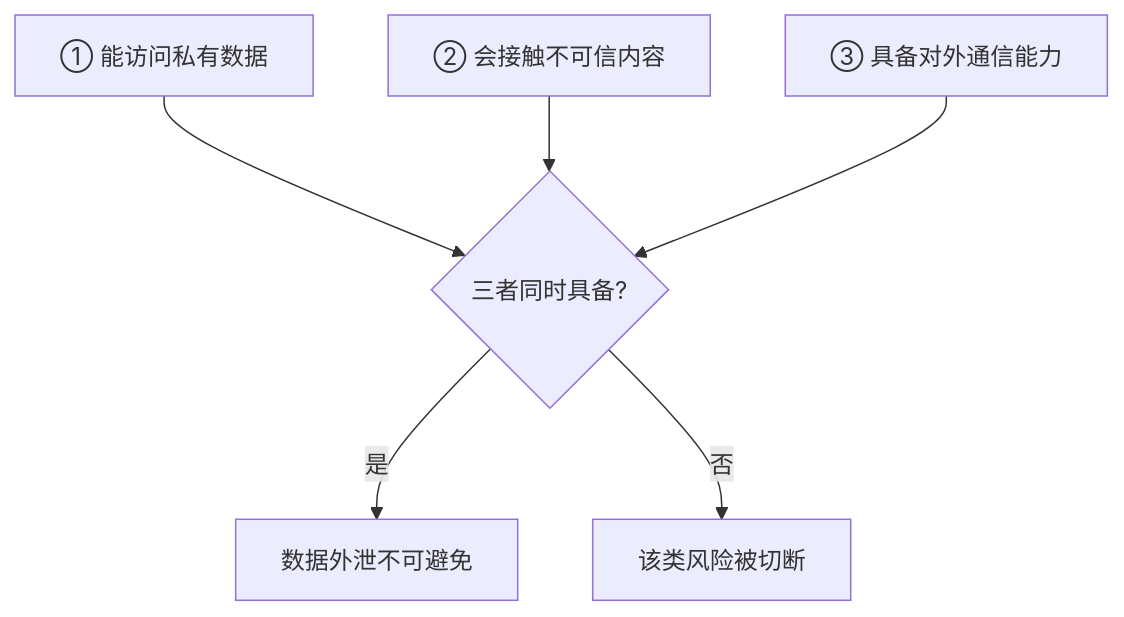
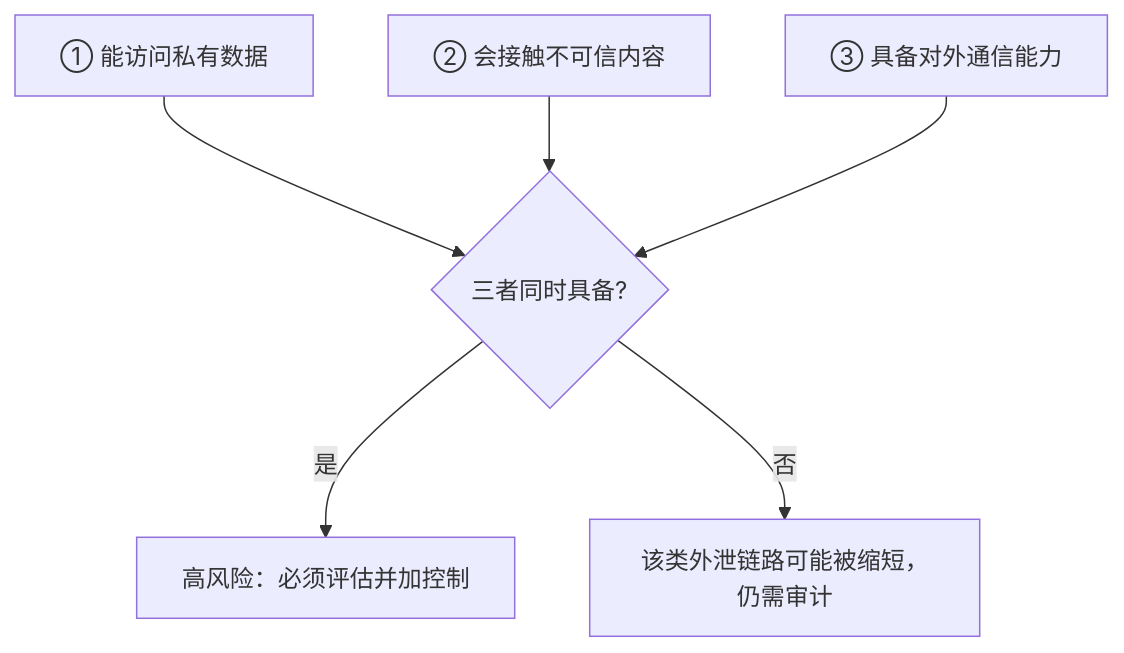
Before and after one commit to oneleaveknowsthefall/awesome-ai-roadmap: the fourth of 6 diagrams in docs/agent/15-agent-security.md, drawn with Mermaid. The commit also changed other lines of this file and 77 other files, not shown here.

Commit message:
docs: audit and modernize the AI roadmap

````diff
--- a/docs/agent/15-agent-security.md
+++ b/docs/agent/15-agent-security.md
@@ -104,8 +104,8 @@
 ```mermaid
 flowchart TB
     T1[① 能访问私有数据] --> RISK{三者同时具备?}
     T2[② 会接触不可信内容] --> RISK
     T3[③ 具备对外通信能力] --> RISK
-    RISK -->|是| BREACH[数据外泄不可避免]
-    RISK -->|否| SAFE[该类风险被切断]
+    RISK -->|是| BREACH[高风险：必须评估并加控制]
+    RISK -->|否| SAFE[该类外泄链路可能被缩短，仍需审计]
 ```
````
